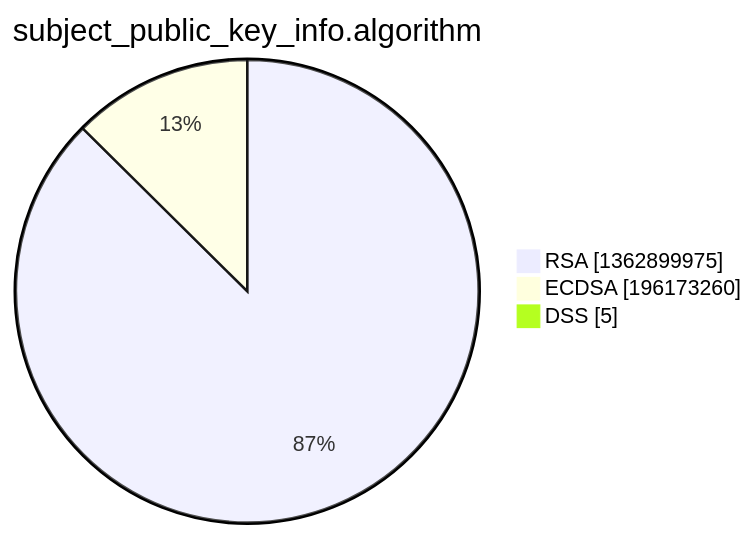
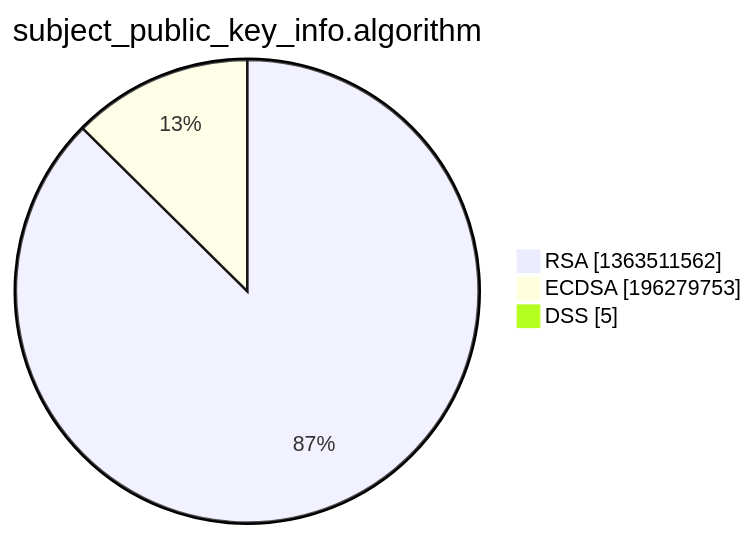
One commit to christiankrug/ctmonitor_visualization changed the third of 15 diagrams in xenon2022/README.md. Above: the diagram before and after it, drawn with Mermaid. The commit also changed other lines of this file, not shown here.

````diff
--- a/xenon2022/README.md
+++ b/xenon2022/README.md
@@ -14,7 +14,7 @@
 ```mermaid
 pie showData
 title subject_public_key_info.algorithm
-"RSA" :1362899975
-"ECDSA" :196173260
+"RSA" :1363511562
+"ECDSA" :196279753
 "DSS" :5
 ```
````
